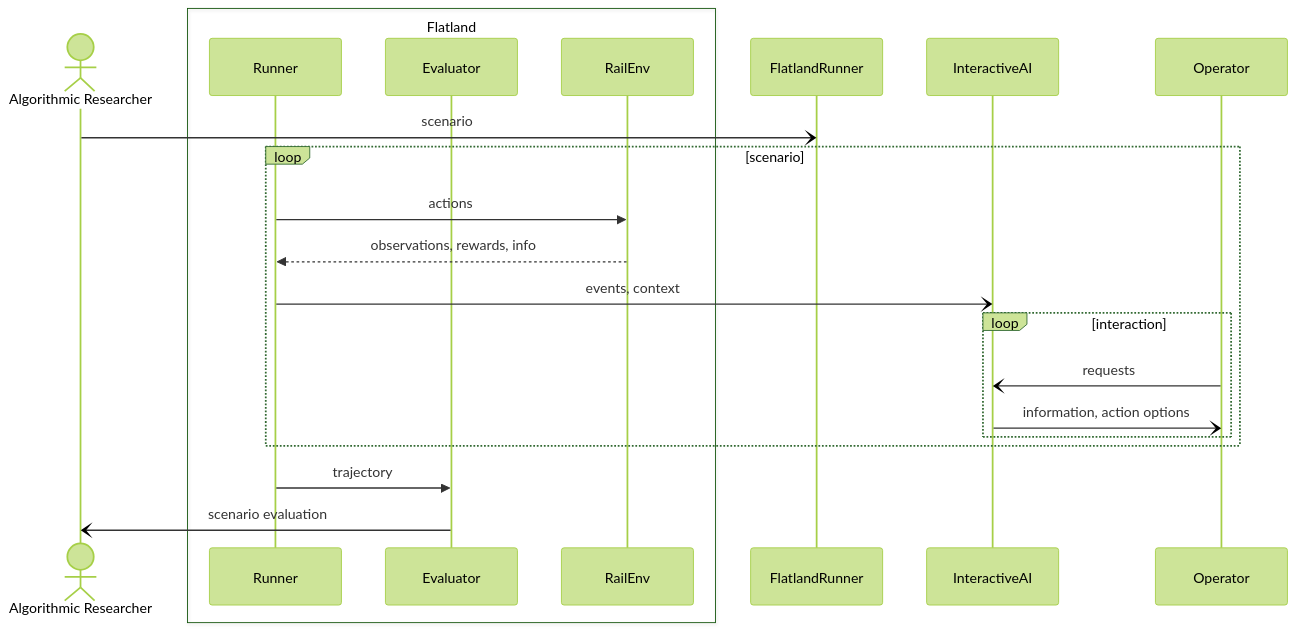
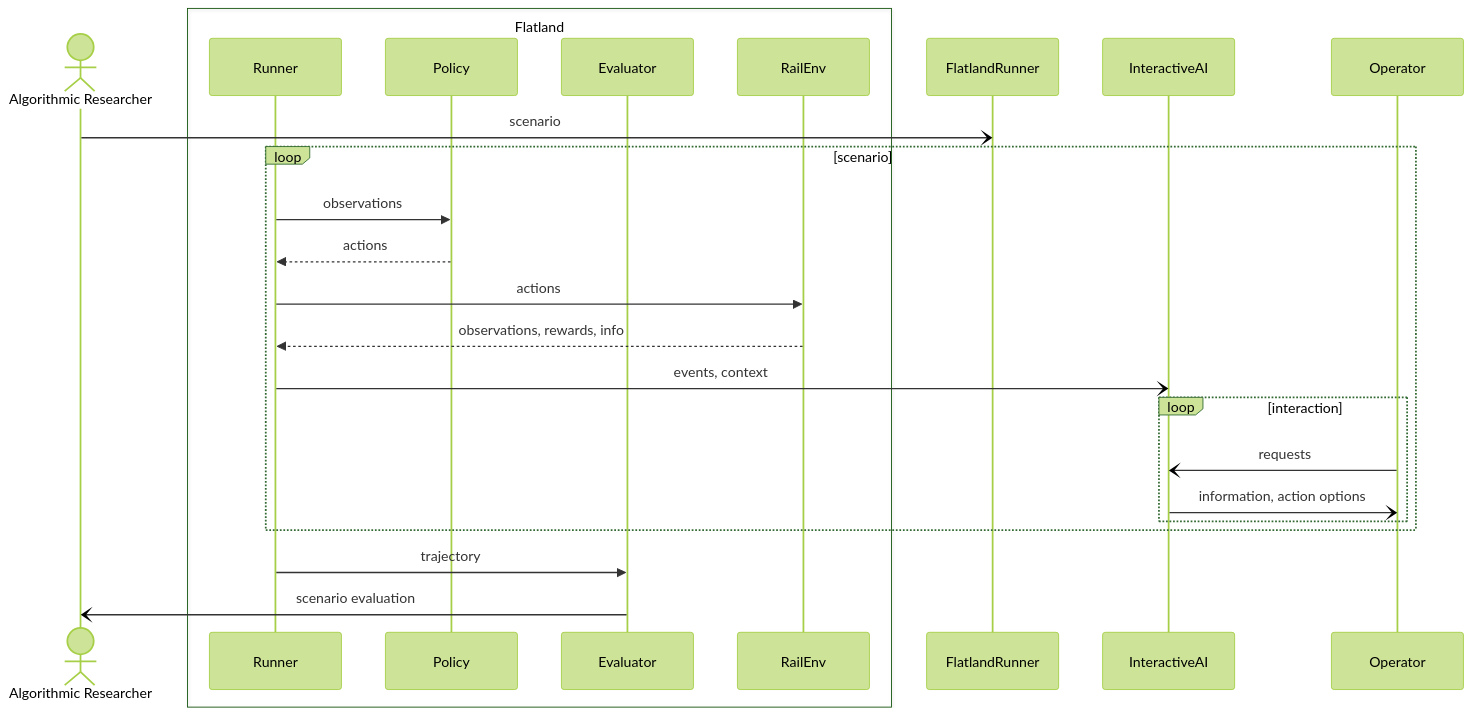
The first of 2 diagrams in environment/key_concepts.md (flatland-association/flatland-book), drawn with Mermaid (forest theme) before and after one commit.

Commit message:
Add policy to high-level overview.

````diff
--- a/environment/key_concepts.md
+++ b/environment/key_concepts.md
@@ -5,23 +5,26 @@
 ```mermaid
 sequenceDiagram
     actor Algorithmic Researcher
     box Flatland
         participant Runner
+        participant Policy
         participant Evaluator
         participant RailEnv
 
     end
     Algorithmic Researcher -) FlatlandRunner: scenario
     loop scenario
+        Runner ->> Policy: observations
+        Policy -->> Runner: actions
         Runner ->> RailEnv: actions
         RailEnv -->> Runner: observations, rewards, info
         Runner -) InteractiveAI: events, context
         loop interaction
             Operator -) InteractiveAI: requests
             InteractiveAI -) Operator: information, action options
         end
     end
     actor Operator
     Runner ->> Evaluator: trajectory
     Evaluator -) Algorithmic Researcher: scenario evaluation
 ```
````
